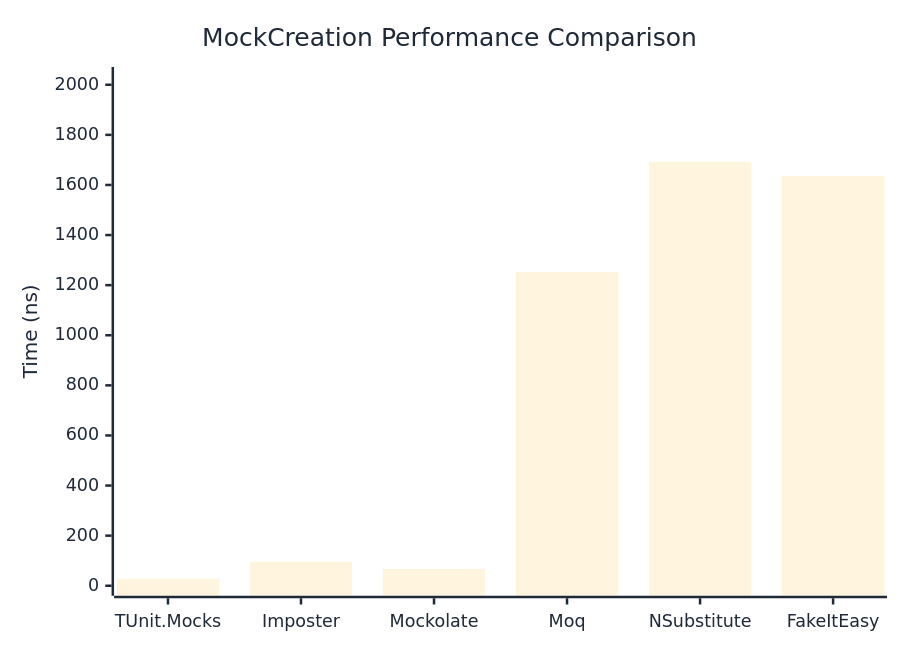
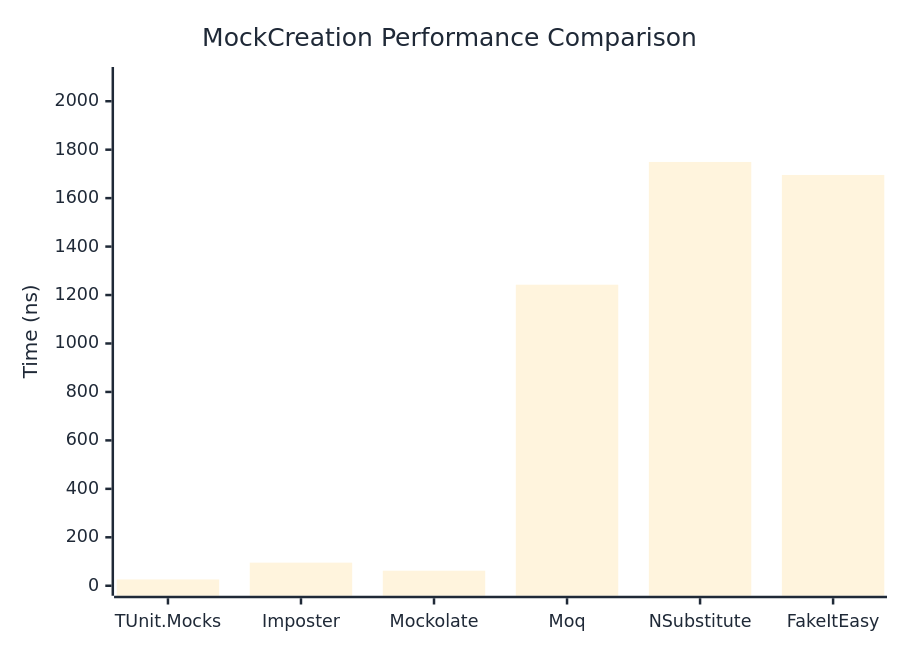
The first of 2 diagrams in docs/docs/benchmarks/mocks/MockCreation.md (thomhurst/TUnit), drawn with Mermaid before and after one commit. The commit also changed other lines of this file and 14 other files, not shown here.

````diff
--- a/docs/docs/benchmarks/mocks/MockCreation.md
+++ b/docs/docs/benchmarks/mocks/MockCreation.md
@@ -28,27 +28,27 @@
 ```mermaid
 %%{init: {
   'theme':'base',
   'themeVariables': {
     'primaryColor': '#2563eb',
     'primaryTextColor': '#1f2937',
     'primaryBorderColor': '#1e40af',
     'lineColor': '#6b7280',
     'secondaryColor': '#7c3aed',
     'tertiaryColor': '#dc2626',
     'background': '#ffffff',
     'pie1': '#2563eb',
     'pie2': '#7c3aed',
     'pie3': '#dc2626',
     'pie4': '#f59e0b',
     'pie5': '#10b981',
     'pie6': '#06b6d4',
     'pie7': '#ec4899',
     'pie8': '#6366f1'
   }
 }}%%
 xychart-beta
   title "MockCreation Performance Comparison"
   x-axis ["TUnit.Mocks", "Imposter", "Mockolate", "Moq", "NSubstitute", "FakeItEasy"]
-  y-axis "Time (ns)" 0 --> 2031
-  bar [27.77, 95.94, 67.2, 1253.52, 1692.19, 1636.57]
+  y-axis "Time (ns)" 0 --> 2100
+  bar [26.01, 95.42, 62.16, 1242.67, 1749.29, 1695.6]
 ```
````
